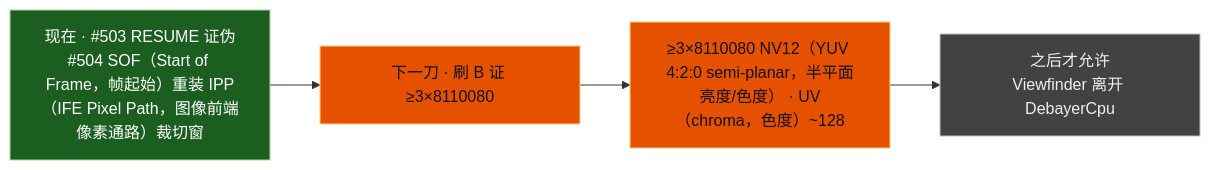
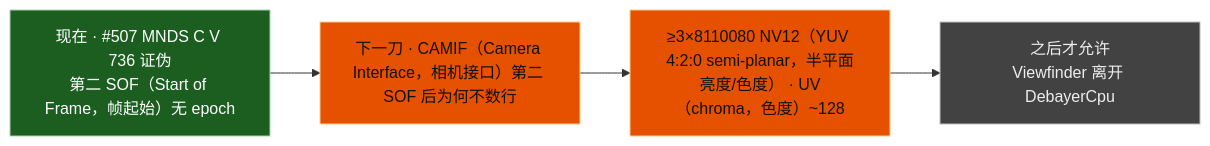
Before and after one commit to Huabin1010/dagu-mainline-linux: the first of 5 diagrams in linux-mainline/docs/dagu-ife-front-pipeline-status.md, drawn with Mermaid. The commit also changed other lines of this file and 12 other files, not shown here.

````diff
--- a/linux-mainline/docs/dagu-ife-front-pipeline-status.md
+++ b/linux-mainline/docs/dagu-ife-front-pipeline-status.md
@@ -192,17 +195,17 @@
 ```mermaid
 flowchart LR
-  NOW["现在 · #503 RESUME 证伪<br/>#504 SOF（Start of Frame，帧起始）重装 IPP（IFE Pixel Path，图像前端像素通路）裁切窗"]
-  CUT["下一刀 · 刷 B 证 ≥3×8110080"]
+  NOW["现在 · #507 MNDS C V 736 证伪<br/>第二 SOF（Start of Frame，帧起始）无 epoch"]
+  CUT["下一刀 · CAMIF（Camera Interface，相机接口）第二 SOF 后为何不数行"]
   GOAL["≥3×8110080 NV12（YUV 4:2:0 semi-planar，半平面亮度/色度） · UV（chroma，色度）~128"]
   LATER["之后才允许<br/>Viewfinder 离开 DebayerCpu"]
   NOW --> CUT --> GOAL --> LATER
 
   class NOW ok
   class CUT gap
   class GOAL gap
   class LATER later
 
   classDef ok fill:#1b5e20,stroke:#a5d6a7,color:#fff
   classDef gap fill:#e65100,stroke:#ffcc80,color:#111
   classDef later fill:#424242,stroke:#bdbdbd,color:#eee
 ```
````
